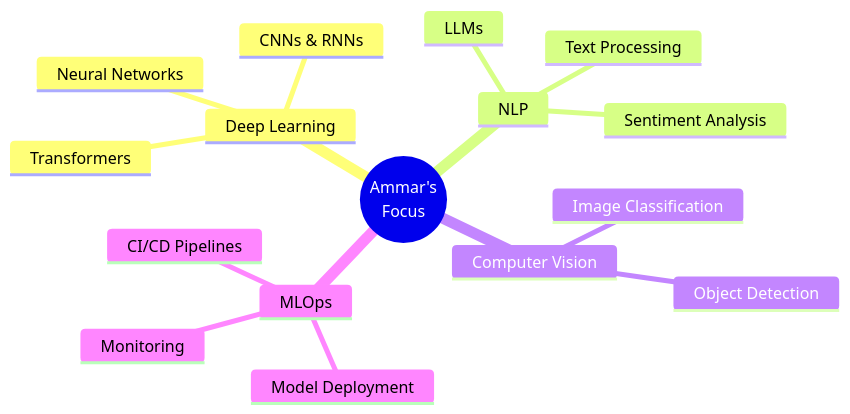
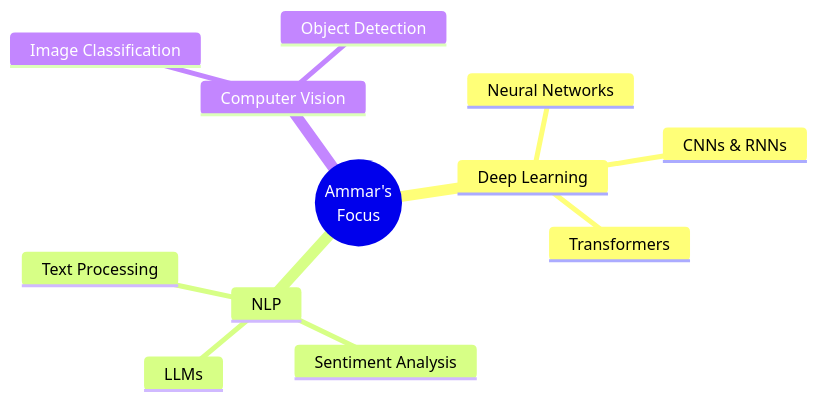
The diagram in README.md (loplop05/loplop05), drawn with Mermaid before and after one commit. The commit also changed other lines of this file, not shown here.

````diff
--- a/README.md
+++ b/README.md
@@ -180,19 +180,15 @@
 ```mermaid
 mindmap
   root((Ammar's<br/>Focus))
     Deep Learning
       Neural Networks
       CNNs & RNNs
       Transformers
     NLP
       Text Processing
       Sentiment Analysis
       LLMs
     Computer Vision
       Image Classification
       Object Detection
-    MLOps
-      Model Deployment
-      CI/CD Pipelines
-      Monitoring
 ```
````
